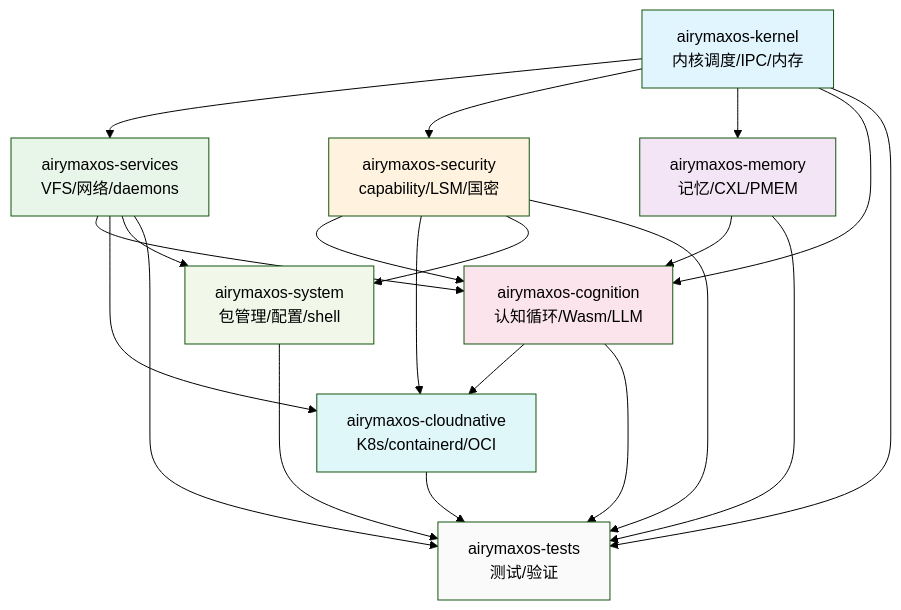
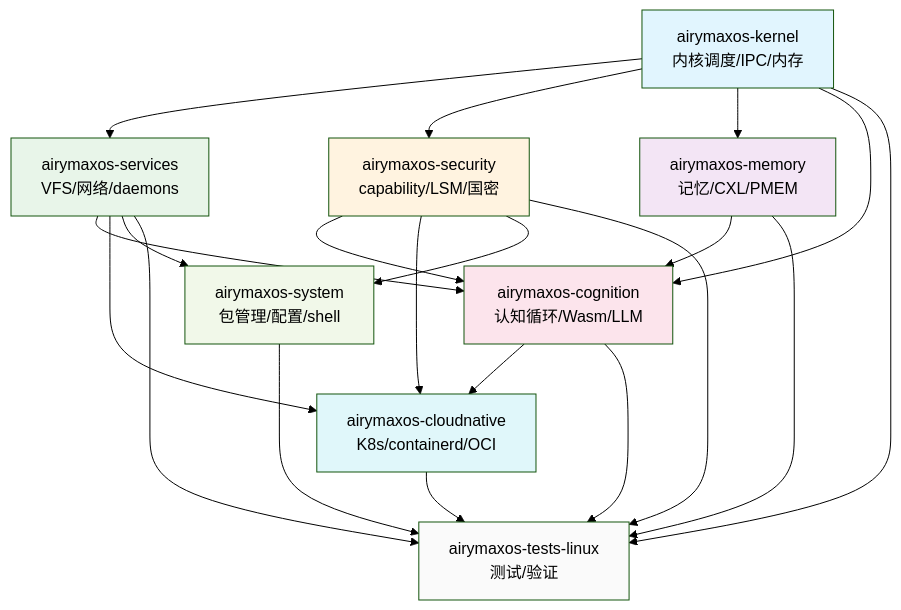
One commit to openairymax/docs-linux changed the first of 2 diagrams in 00-requirements/02-functional-requirements.md. Above: the diagram before and after it, drawn with Mermaid (forest theme). The commit also changed other lines of this file and 74 other files, not shown here.

````diff
--- a/00-requirements/02-functional-requirements.md
+++ b/00-requirements/02-functional-requirements.md
@@ -197,40 +197,40 @@
 ```mermaid
 graph TB
     KERNEL[airymaxos-kernel<br/>内核调度/IPC/内存]
     SERVICES[airymaxos-services<br/>VFS/网络/daemons]
     SECURITY[airymaxos-security<br/>capability/LSM/国密]
     MEMORY[airymaxos-memory<br/>记忆/CXL/PMEM]
     COGNITION[airymaxos-cognition<br/>认知循环/Wasm/LLM]
     CLOUD[airymaxos-cloudnative<br/>K8s/containerd/OCI]
     SYSTEM[airymaxos-system<br/>包管理/配置/shell]
-    TESTS[airymaxos-tests<br/>测试/验证]
+    TESTS[airymaxos-tests-linux<br/>测试/验证]
 
     KERNEL --> SERVICES
     KERNEL --> SECURITY
     KERNEL --> MEMORY
     KERNEL --> COGNITION
     SERVICES --> COGNITION
     SERVICES --> CLOUD
     SECURITY --> COGNITION
     SECURITY --> CLOUD
     MEMORY --> COGNITION
     COGNITION --> CLOUD
     SERVICES --> SYSTEM
     SECURITY --> SYSTEM
     KERNEL --> TESTS
     SERVICES --> TESTS
     SECURITY --> TESTS
     MEMORY --> TESTS
     COGNITION --> TESTS
     CLOUD --> TESTS
     SYSTEM --> TESTS
 
     style KERNEL fill:#e1f5fe
     style SERVICES fill:#e8f5e9
     style SECURITY fill:#fff3e0
     style MEMORY fill:#f3e5f5
     style COGNITION fill:#fce4ec
     style CLOUD fill:#e0f7fa
     style SYSTEM fill:#f1f8e9
     style TESTS fill:#fafafa
 ```
````
